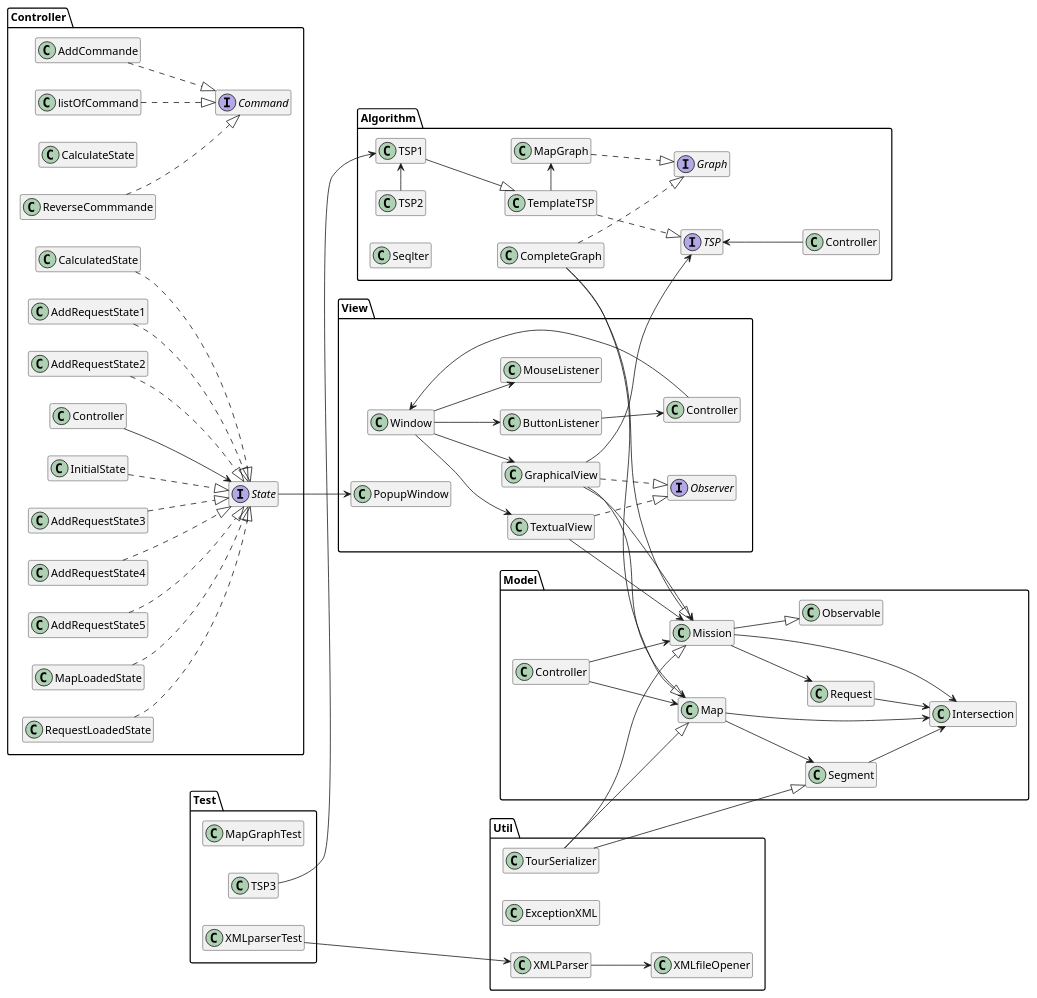
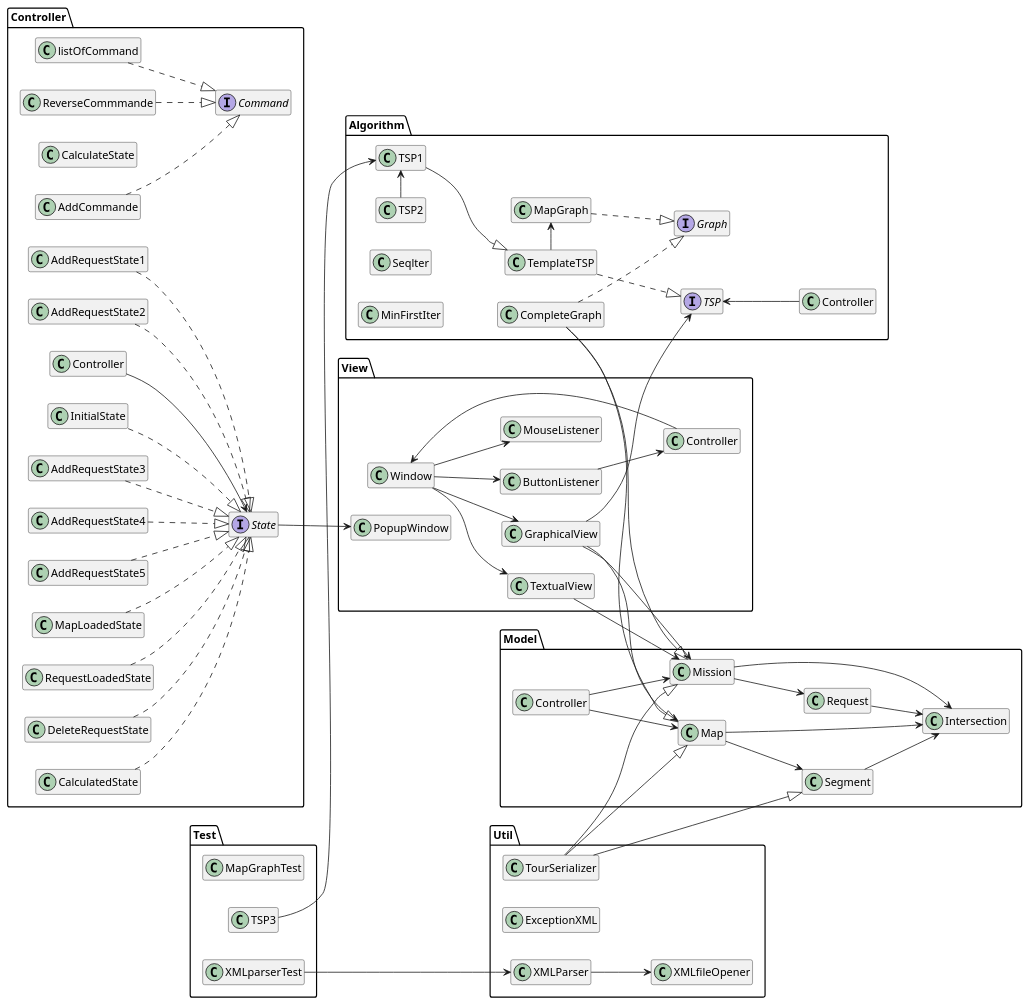
Before and after one commit to Karlenkko/Agile-OnErrand: the diagram in src/documentation/PackageDiagram.puml, drawn with PlantUML.

Commit message:
doc(Packagediagramme):final version of PackageDiagram.puml

```diff
--- a/src/documentation/PackageDiagram.puml
+++ b/src/documentation/PackageDiagram.puml
@@ -1,129 +1,128 @@
 @startuml
 
 hide members
 left to right direction
 Package Controller{
     class Controller
 
     interface Command
     class InitialState
     class CalculateState
     class MapLoadedState
     class RequestLoadedState
     class listOfCommand
     class ReverseCommmande
     class AddCommande
+    class DeleteRequestState
 
     interface State
     Controller --> State
     InitialState ..|> State
     CalculatedState ..|> State
     MapLoadedState ..|> State
     RequestLoadedState ..|> State
     AddRequestState1..|> State
     AddRequestState2..|> State
     AddRequestState3..|> State
     AddRequestState4..|> State
     AddRequestState5..|> State
+    DeleteRequestState..|> State
 
     listOfCommand ..|> Command
     ReverseCommmande ..|> Command
     AddCommande ..|> Command
 }
 Package Util{
     class XMLParser
     class XMLfileOpener
     class ExceptionXML
     class TourSerializer
 
 
     XMLParser --> XMLfileOpener
 
 }
 Package Algorithm{
     interface TSP
     class TSP1
     class TSP2
     class TemplateTSP
     interface Graph
     class CompleteGraph
     class MapGraph
     class Seqlter
+    class MinFirstIter
 
 
     TSP2 -> TSP1
     TemplateTSP -> MapGraph
     Controller -up-> TSP
     TSP1 --|> TemplateTSP
     TemplateTSP ..|> TSP
     CompleteGraph..|> Graph
     MapGraph..|> Graph
 
 }
 Package Model{
     class Intersection
     class Map
     class Mission
     class Request
     class Segment
-    class Observable
 
     CompleteGraph --|> Mission
     CompleteGraph --|> Map
-    Mission --|> Observable
+
     TourSerializer --|> Map
     TourSerializer --|> Mission
     TourSerializer --|> Segment
 
     Map --> Intersection
     Map --> Segment
     Controller --> Map
 
     Controller --> Mission
     Mission --> Intersection
     Mission --> Request
 
     Request --> Intersection
     Segment --> Intersection
 
 }
 Package Test{
     class MapGraphTest
     class XMLparserTest
     class TSP3
 
     TSP3 --> TSP1
     XMLparserTest --> XMLParser
 }
 Package View{
     class Window
     class TextualView
     class GraphicalView
     class ButtonListener
     class MouseListener
-    interface Observer
     class PopupWindow
 
-    TextualView ..|> Observer
-    GraphicalView ..|> Observer
     State --> PopupWindow
     Controller --> Window
     Window --> TextualView
     Window --> GraphicalView
     Window --> ButtonListener
     Window --> MouseListener
 
     TextualView --> Mission
 
     GraphicalView --> Map
     GraphicalView --> Mission
     GraphicalView --> TSP
 
     ButtonListener --> Controller
 
 }
 
 
 
 
 @enduml
```
